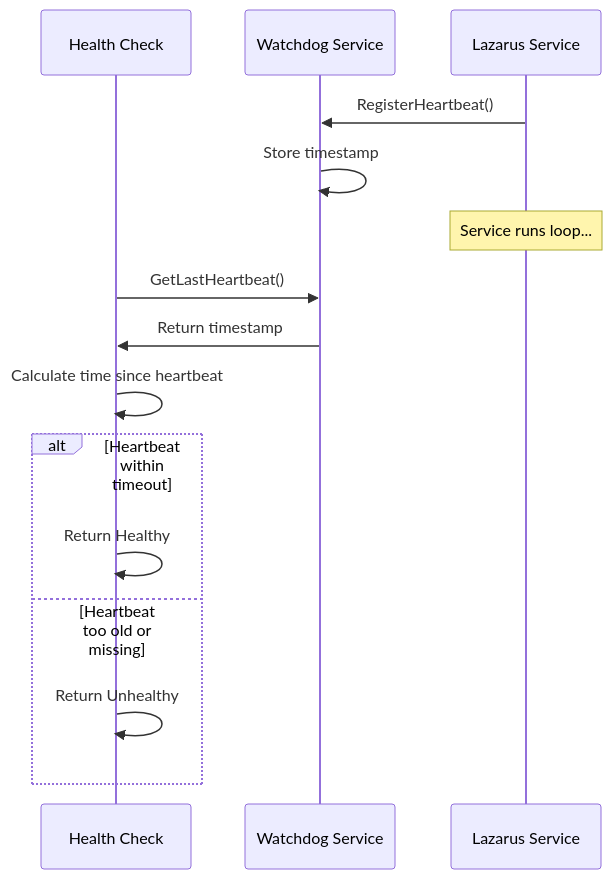
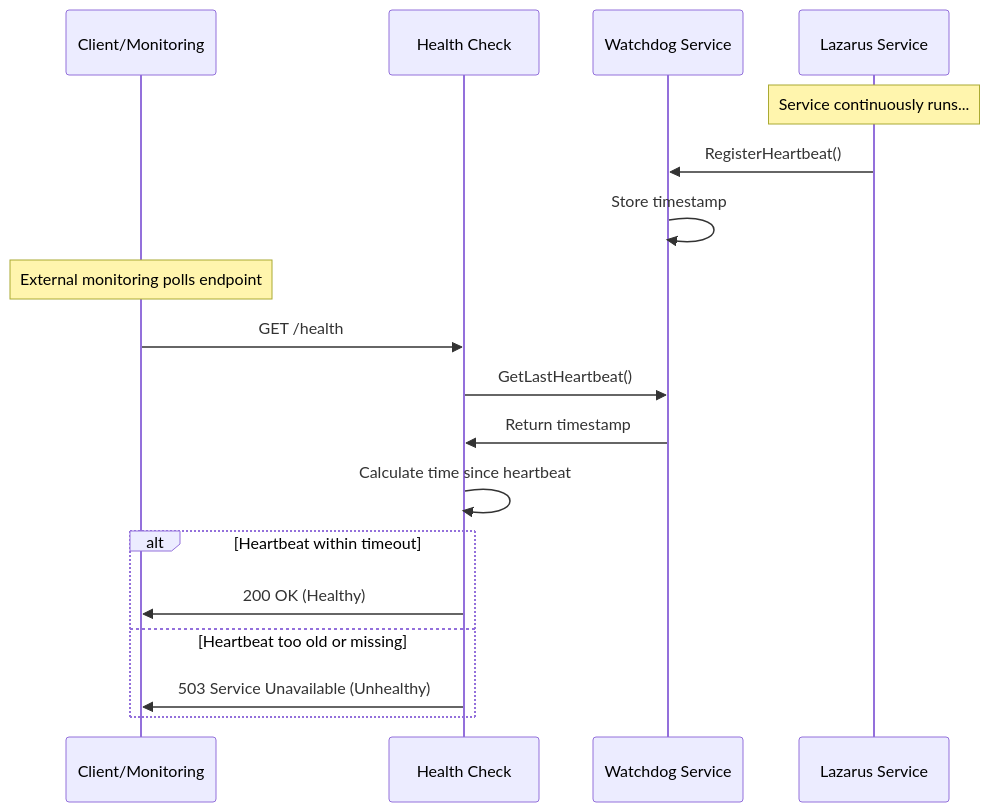
Before and after one commit to hughesjs/Lazarus: the second of 3 diagrams in README.md, drawn with Mermaid. The commit also changed other lines of this file and 1 other file, not shown here.

````diff
--- a/README.md
+++ b/README.md
@@ -213,21 +215,24 @@
 ```mermaid
 sequenceDiagram
+    participant Client as Client/Monitoring
     participant HC as Health Check
     participant WD as Watchdog Service
     participant LS as Lazarus Service
 
+    Note over LS: Service continuously runs...
     LS->>WD: RegisterHeartbeat()
     WD->>WD: Store timestamp
 
-    Note over LS: Service runs loop...
+    Note over Client: External monitoring polls endpoint
 
+    Client->>HC: GET /health
     HC->>WD: GetLastHeartbeat()
     WD->>HC: Return timestamp
     HC->>HC: Calculate time since heartbeat
 
     alt Heartbeat within timeout
-        HC->>HC: Return Healthy
+        HC->>Client: 200 OK (Healthy)
     else Heartbeat too old or missing
-        HC->>HC: Return Unhealthy
+        HC->>Client: 503 Service Unavailable (Unhealthy)
     end
 ```
````
